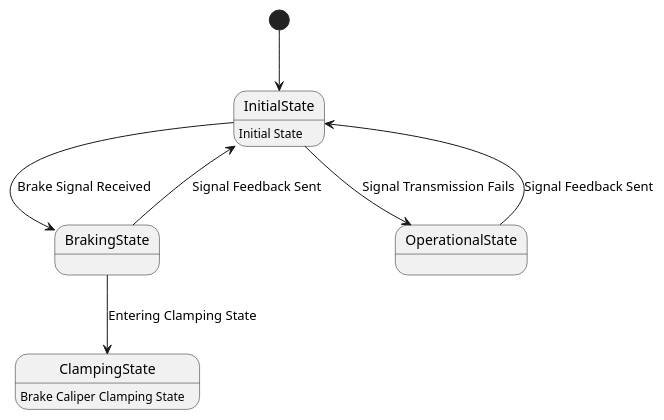
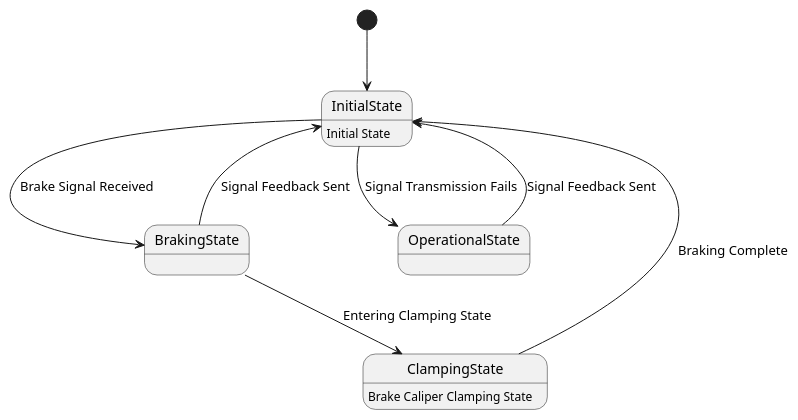
Before and after one commit to HansBug/research_ideas: the diagram in project_1_llm_state_machine_modeling/paper_stm_repair/pipeline/representation/reports/llms_emp_r45_java_60/pairs/0051/README.md, drawn with PlantUML. The commit also changed other lines of this file and 622 other files, not shown here.

First line of the commit message:
fix(paper1): 切换Phase-II最终池并重建PlantUML转换证据

````diff
--- a/project_1_llm_state_machine_modeling/paper_stm_repair/pipeline/representation/reports/llms_emp_r45_java_60/pairs/0051/README.md
+++ b/project_1_llm_state_machine_modeling/paper_stm_repair/pipeline/representation/reports/llms_emp_r45_java_60/pairs/0051/README.md
@@ -27,17 +75,19 @@
 ```plantuml
 @startuml
 
 [*] --> InitialState
 InitialState: Initial State
 
 InitialState --> BrakingState : Brake Signal Received
 InitialState --> OperationalState : Signal Transmission Fails
 
 BrakingState --> ClampingState : Entering Clamping State
 ClampingState : Brake Caliper Clamping State
 
 OperationalState --> InitialState : Signal Feedback Sent
 BrakingState --> InitialState : Signal Feedback Sent
 
+ClampingState --> InitialState : Braking Complete
+
 @enduml
 ```
````
